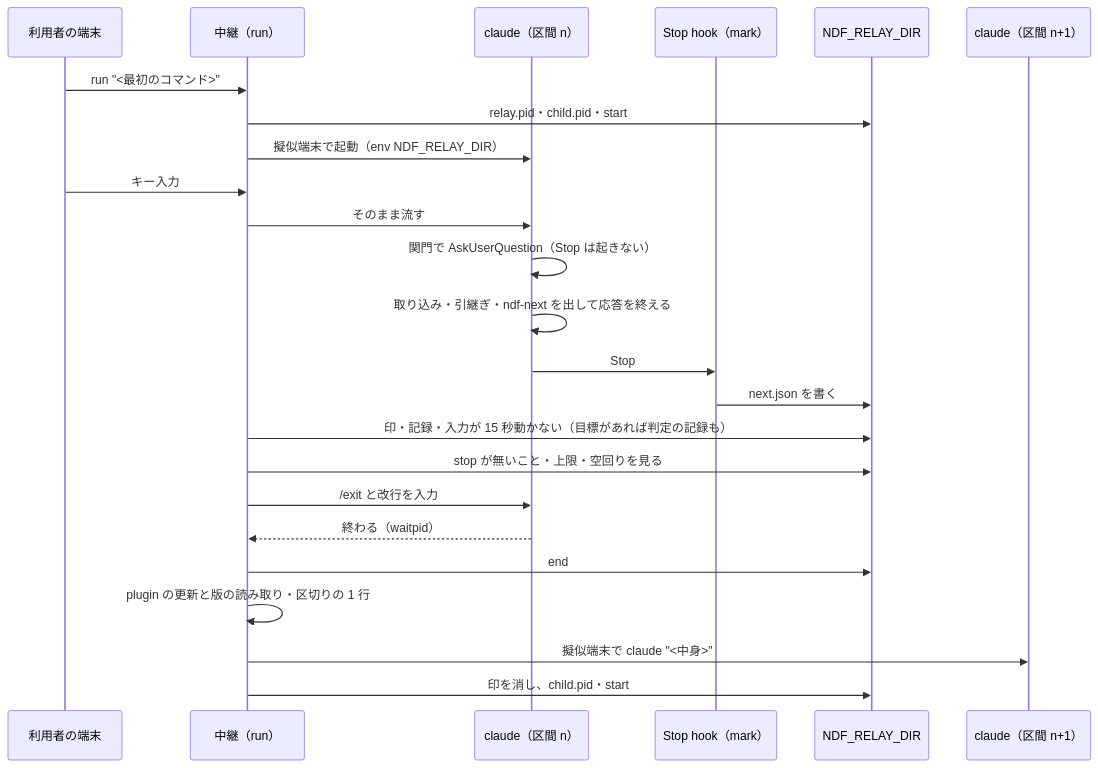
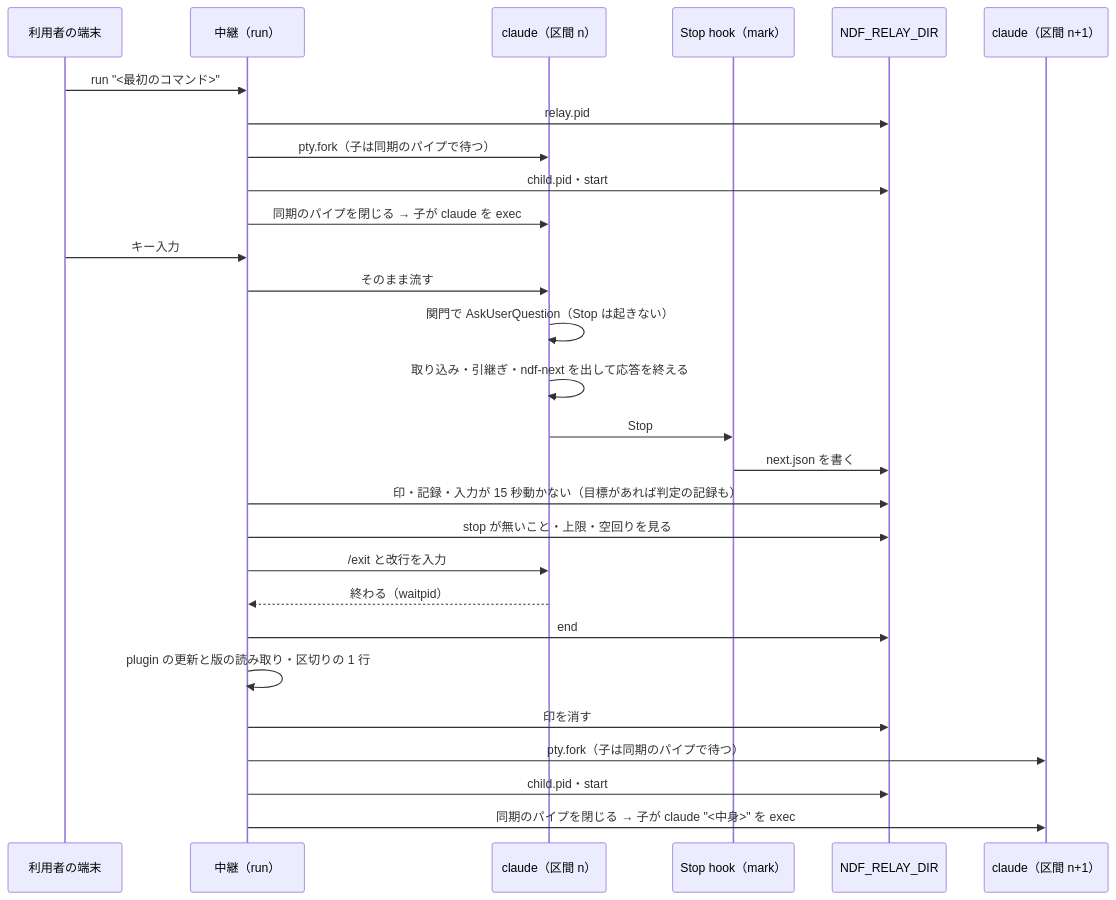
Before and after one commit to devbasex/ai-plugins: the second of 3 diagrams in issues/issue-895-design.md, drawn with Mermaid. The commit also changed other lines of this file, not shown here.

Commit message:
Docs: #895 次の区間の起動の順序を固定し、起動直後の印を取りこぼさない
Claude-Session: https://claude.ai/code/session_01Vm1cUUhtBGTnEBW6z9Bhjw

````diff
--- a/issues/issue-895-design.md
+++ b/issues/issue-895-design.md
@@ -238,26 +238,30 @@
 ```mermaid
 sequenceDiagram
     participant U as 利用者の端末
     participant R as 中継（run）
     participant C as claude（区間 n）
     participant H as Stop hook（mark）
     participant F as NDF_RELAY_DIR
     participant C2 as claude（区間 n+1）
     U->>R: run "<最初のコマンド>"
-    R->>F: relay.pid・child.pid・start
-    R->>C: 擬似端末で起動（env NDF_RELAY_DIR）
+    R->>F: relay.pid
+    R->>C: pty.fork（子は同期のパイプで待つ）
+    R->>F: child.pid・start
+    R->>C: 同期のパイプを閉じる → 子が claude を exec
     U->>R: キー入力
     R->>C: そのまま流す
     C->>C: 関門で AskUserQuestion（Stop は起きない）
     C->>C: 取り込み・引継ぎ・ndf-next を出して応答を終える
     C->>H: Stop
     H->>F: next.json を書く
     R->>F: 印・記録・入力が 15 秒動かない（目標があれば判定の記録も）
     R->>F: stop が無いこと・上限・空回りを見る
     R->>C: /exit と改行を入力
     C-->>R: 終わる（waitpid）
     R->>F: end
     R->>R: plugin の更新と版の読み取り・区切りの 1 行
-    R->>C2: 擬似端末で claude "<中身>"
-    R->>F: 印を消し、child.pid・start
+    R->>F: 印を消す
+    R->>C2: pty.fork（子は同期のパイプで待つ）
+    R->>F: child.pid・start
+    R->>C2: 同期のパイプを閉じる → 子が claude "<中身>" を exec
 ```
````
